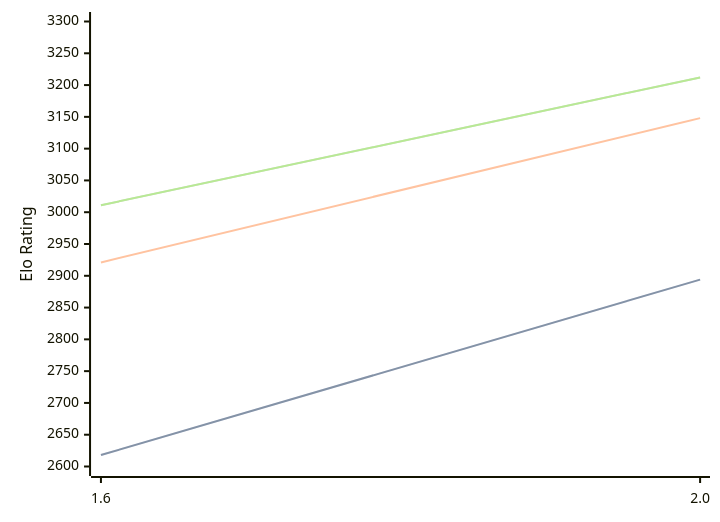
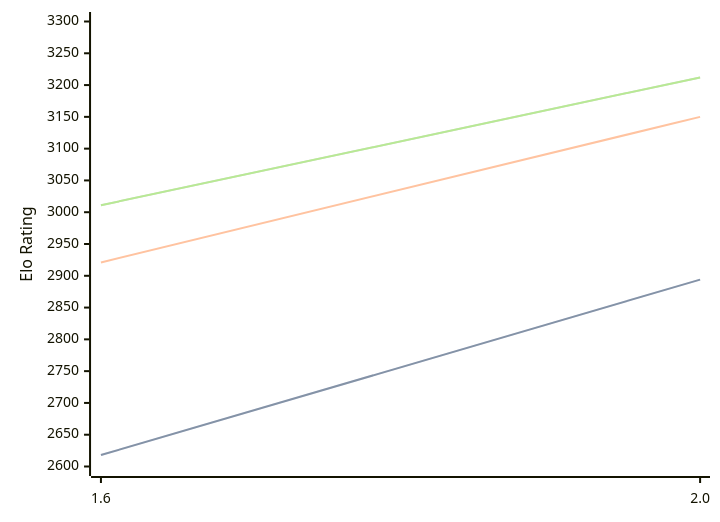
Before and after one commit to computer-chess-index/cci: the diagram in engines/Onyx.md, drawn with Mermaid. The commit also changed other lines of this file, not shown here.

````diff
--- a/engines/Onyx.md
+++ b/engines/Onyx.md
@@ -32,11 +32,11 @@
 ```mermaid
 %%{init: {"theme":"base","themeVariables":{"seriesColors:['#a3a3a3','#222221','#faa371']}}}%%
 xychart-beta
   x-axis ["1.6", "2.0"]
   y-axis "Elo Rating" 2600 --> 3300
   line "STC (8.0+0.08s)" [2618, 2894]
   line "STC (8.0+0.08s)" [2618, 2894]
-  line "LTC (60.0+0.60s)" [2921, 3148]
+  line "LTC (60.0+0.60s)" [2921, 3150]
   line "VLTC (2m24s+1.12s)" [3011, 3212]
   line "VLTC (2m24s+1.12s)" [3011, 3212]
 ```
````
